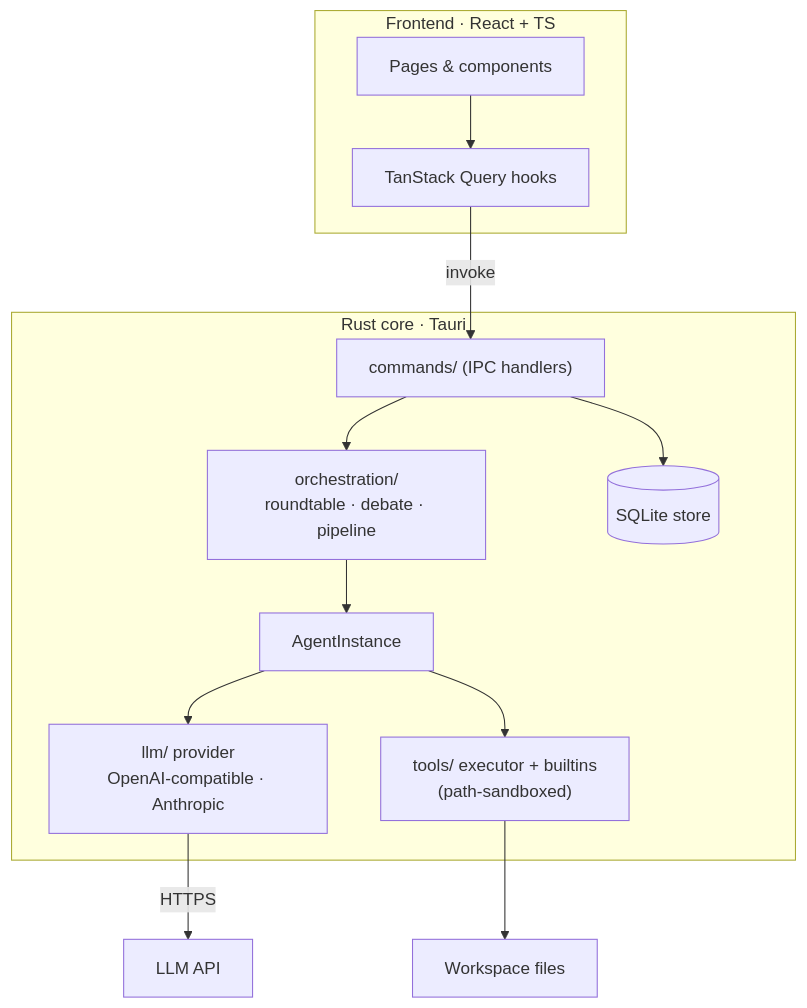
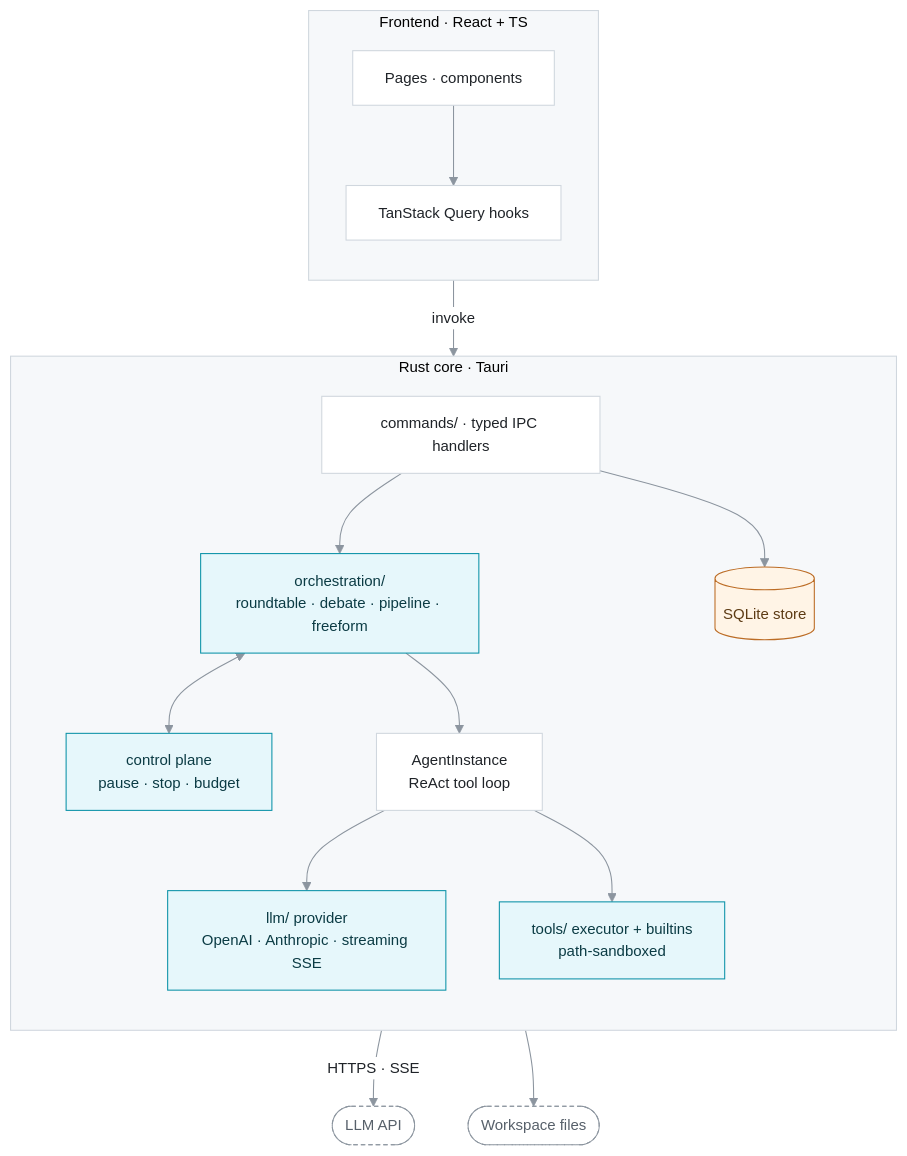
The first of 2 diagrams in README.md (Hello-job/agent-team), drawn with Mermaid before and after one commit. The commit also changed other lines of this file, not shown here.

Commit message:
docs: restyle README architecture diagrams + update to current core
The Mermaid diagrams used the default theme (yellow subgraphs, lavender nodes),
which reads as unpolished. Apply a cohesive, restrained palette via init
themeVariables + classDef (white nodes, hairline gray borders, light-gray
clusters, a single cyan accent on the core subsystems, dashed externals) — and
match the app's identity. Renders natively on GitHub (no hosted image).

Also brought the flowchart up to date with the current core: orchestration now
lists freeform; added the control plane (pause/stop/budget); llm shows
OpenAI · Anthropic streaming SSE; AgentInstance notes its ReAct tool loop.
The debate sequence diagram gets the same theme.

````diff
--- a/README.md
+++ b/README.md
@@ -38,23 +38,41 @@
 ```mermaid
+%%{init: {'theme':'base','themeVariables':{'fontFamily':'-apple-system, BlinkMacSystemFont, Segoe UI, Helvetica, sans-serif','fontSize':'14px','primaryColor':'#ffffff','primaryTextColor':'#1f2328','primaryBorderColor':'#d0d7de','lineColor':'#8c959f','clusterBkg':'#f6f8fa','clusterBorder':'#d0d7de'}}}%%
 flowchart TD
     subgraph FE["Frontend · React + TS"]
-        UI["Pages & components"]
+        direction TB
+        UI["Pages · components"]
         Q["TanStack Query hooks"]
+        UI --> Q
     end
+
     subgraph CORE["Rust core · Tauri"]
-        CMD["commands/ (IPC handlers)"]
-        ORCH["orchestration/<br/>roundtable · debate · pipeline"]
-        AG["AgentInstance"]
-        LLM["llm/ provider<br/>OpenAI-compatible · Anthropic"]
-        TOOL["tools/ executor + builtins<br/>(path-sandboxed)"]
+        direction TB
+        CMD["commands/ · typed IPC handlers"]
+        ORCH["orchestration/<br/>roundtable · debate · pipeline · freeform"]
+        CTRL["control plane<br/>pause · stop · budget"]
+        AG["AgentInstance<br/>ReAct tool loop"]
+        LLM["llm/ provider<br/>OpenAI · Anthropic · streaming SSE"]
+        TOOL["tools/ executor + builtins<br/>path-sandboxed"]
         DB[("SQLite store")]
     end
-    WS["Workspace files"]
-    API["LLM API"]
 
-    UI --> Q -->|invoke| CMD
-    CMD --> ORCH --> AG
-    AG --> LLM -->|HTTPS| API
+    API(["LLM API"])
+    WS(["Workspace files"])
+
+    Q -->|invoke| CMD
+    CMD --> ORCH
+    CMD --> DB
+    ORCH <--> CTRL
+    ORCH --> AG
+    AG --> LLM -->|HTTPS · SSE| API
     AG --> TOOL --> WS
-    CMD --> DB
+
+    style FE fill:#f6f8fa,stroke:#d0d7de
+    style CORE fill:#f6f8fa,stroke:#d0d7de
+    classDef core fill:#e6f7fb,stroke:#0d93a8,color:#0b3b44;
+    classDef ext fill:#ffffff,stroke:#8c959f,color:#57606a,stroke-dasharray:4 3;
+    classDef store fill:#fff4e6,stroke:#bc6c25,color:#5c3a13;
+    class ORCH,CTRL,LLM,TOOL core;
+    class API,WS ext;
+    class DB store;
 ```
````
